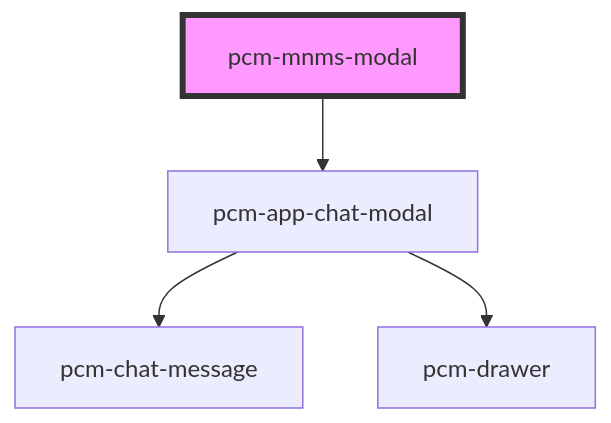
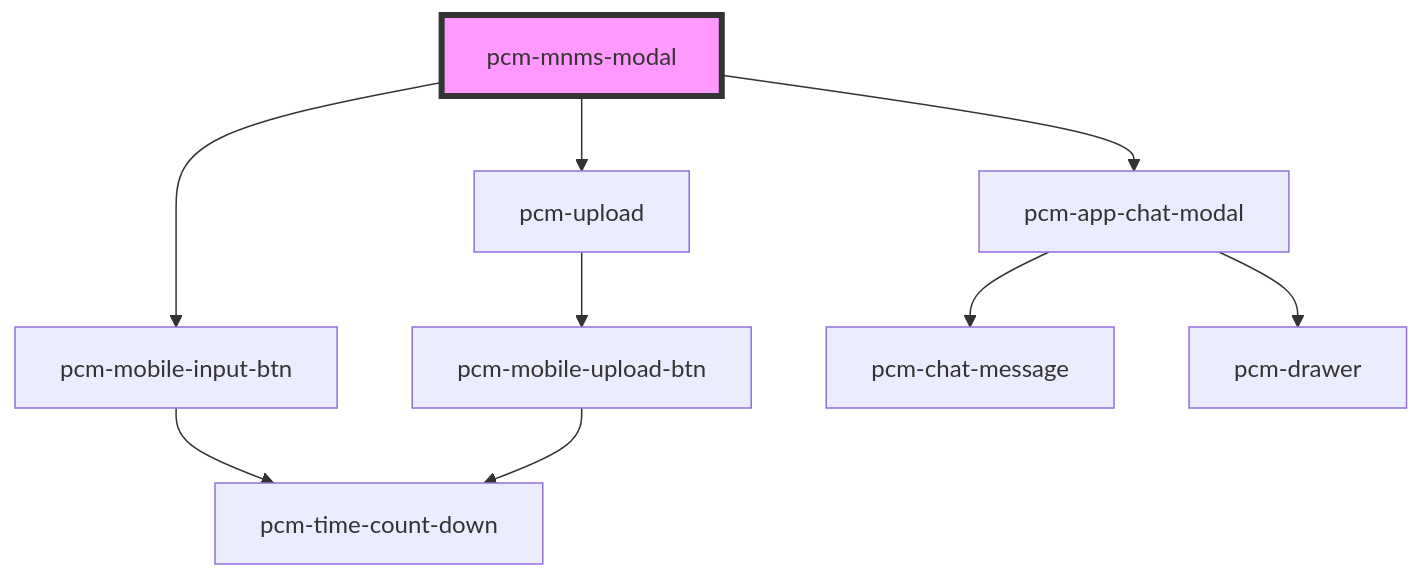
Before and after one commit to Pincaimao/pcm-agents-sdk: the diagram in packages/pcm-agents/docs/components/pcm-mnms-modal/readme.md, drawn with Mermaid. The commit also changed other lines of this file and 6 other files, not shown here.

````diff
--- a/packages/pcm-agents/docs/components/pcm-mnms-modal/readme.md
+++ b/packages/pcm-agents/docs/components/pcm-mnms-modal/readme.md
@@ -52,7 +56,12 @@
 ```mermaid
 graph TD;
+  pcm-mnms-modal --> pcm-mobile-input-btn
+  pcm-mnms-modal --> pcm-upload
   pcm-mnms-modal --> pcm-app-chat-modal
+  pcm-mobile-input-btn --> pcm-time-count-down
+  pcm-upload --> pcm-mobile-upload-btn
+  pcm-mobile-upload-btn --> pcm-time-count-down
   pcm-app-chat-modal --> pcm-chat-message
   pcm-app-chat-modal --> pcm-drawer
   style pcm-mnms-modal fill:#f9f,stroke:#333,stroke-width:4px
 ```
````
